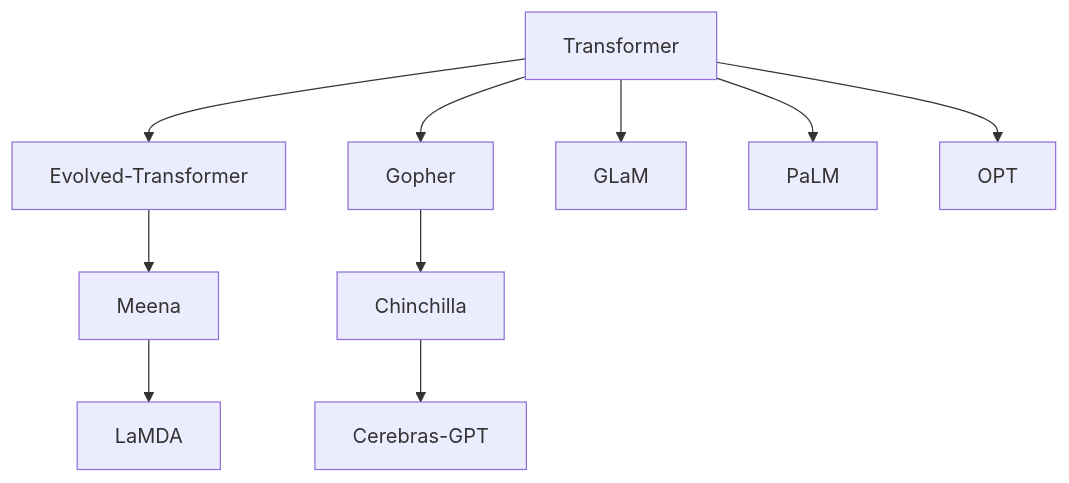
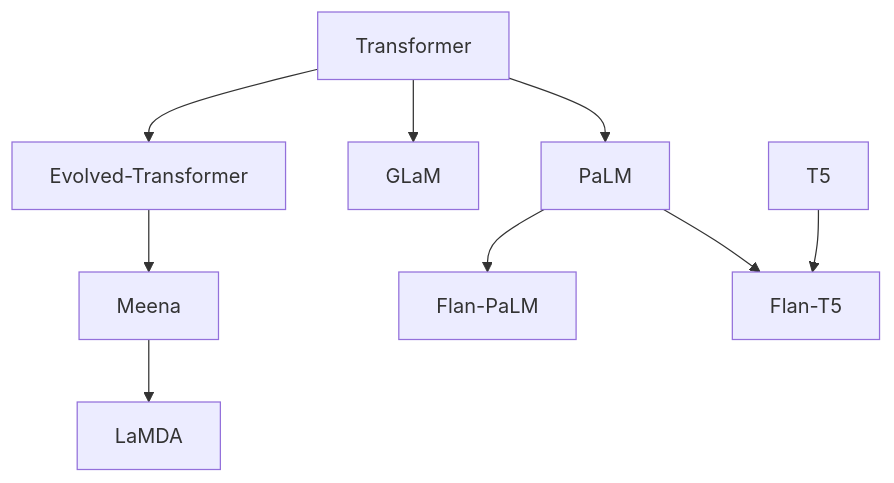
Before and after one commit to ted-sharp/chatvox: the eighth of 11 diagrams in doc/llm.md, drawn with Mermaid. The commit also changed other lines of this file, not shown here.

````diff
--- a/doc/llm.md
+++ b/doc/llm.md
@@ -300,12 +336,9 @@
 ```mermaid
 flowchart
 
 Transformer --> Evolved-Transformer --> Meena --> LaMDA
-
-Transformer --> Gopher --> Chinchilla --> Cerebras-GPT
 Transformer --> GLaM
-Transformer --> PaLM
-
-Transformer --> OPT
-
+Transformer --> PaLM --> Flan-PaLM
+PaLM --> Flan-T5
+T5 --> Flan-T5
 ```
````
